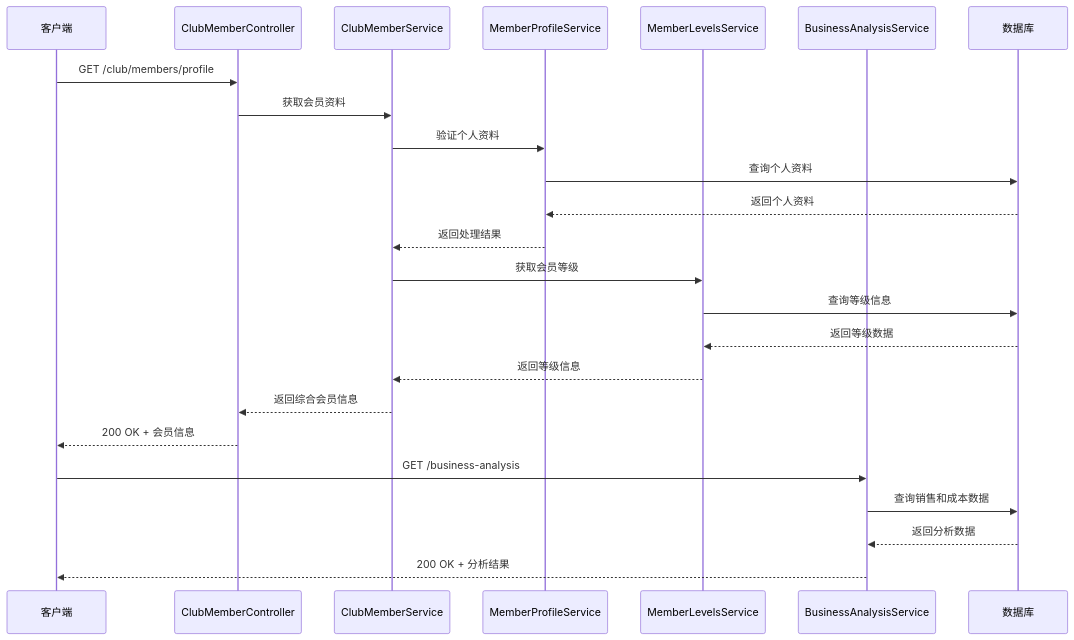
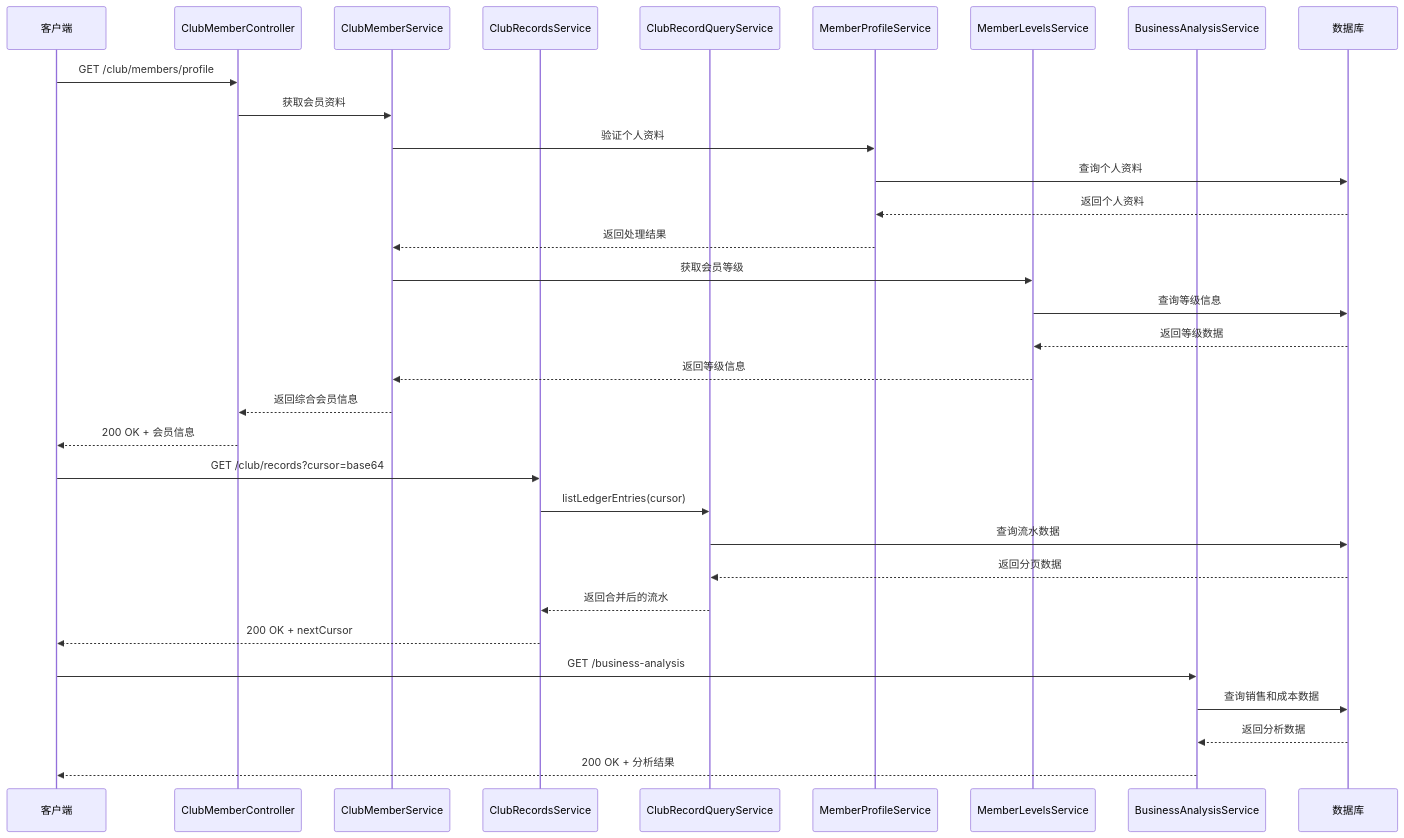
The third of 19 diagrams in .qoder/repowiki/zh/content/业务模块/会员管理模块/会员管理模块.md (rc558620/purelyprofit-server), drawn with Mermaid before and after one commit. The commit also changed other lines of this file and 48 other files, not shown here.

````diff
--- a/.qoder/repowiki/zh/content/业务模块/会员管理模块/会员管理模块.md
+++ b/.qoder/repowiki/zh/content/业务模块/会员管理模块/会员管理模块.md
@@ -334,26 +350,34 @@
 ```mermaid
 sequenceDiagram
 participant Client as 客户端
 participant Controller1 as ClubMemberController
 participant Service1 as ClubMemberService
+participant Records as ClubRecordsService
+participant Query as ClubRecordQueryService
 participant Profile as MemberProfileService
 participant Level as MemberLevelsService
 participant Analysis as BusinessAnalysisService
 participant DB as 数据库
 Client->>Controller1 : GET /club/members/profile
 Controller1->>Service1 : 获取会员资料
 Service1->>Profile : 验证个人资料
 Profile->>DB : 查询个人资料
 DB-->>Profile : 返回个人资料
 Profile-->>Service1 : 返回处理结果
 Service1->>Level : 获取会员等级
 Level->>DB : 查询等级信息
 DB-->>Level : 返回等级数据
 Level-->>Service1 : 返回等级信息
 Service1-->>Controller1 : 返回综合会员信息
 Controller1-->>Client : 200 OK + 会员信息
+Client->>Records : GET /club/records?cursor=base64
+Records->>Query : listLedgerEntries(cursor)
+Query->>DB : 查询流水数据
+DB-->>Query : 返回分页数据
+Query-->>Records : 返回合并后的流水
+Records-->>Client : 200 OK + nextCursor
 Client->>Analysis : GET /business-analysis
 Analysis->>DB : 查询销售和成本数据
 DB-->>Analysis : 返回分析数据
 Analysis-->>Client : 200 OK + 分析结果
 ```
````
